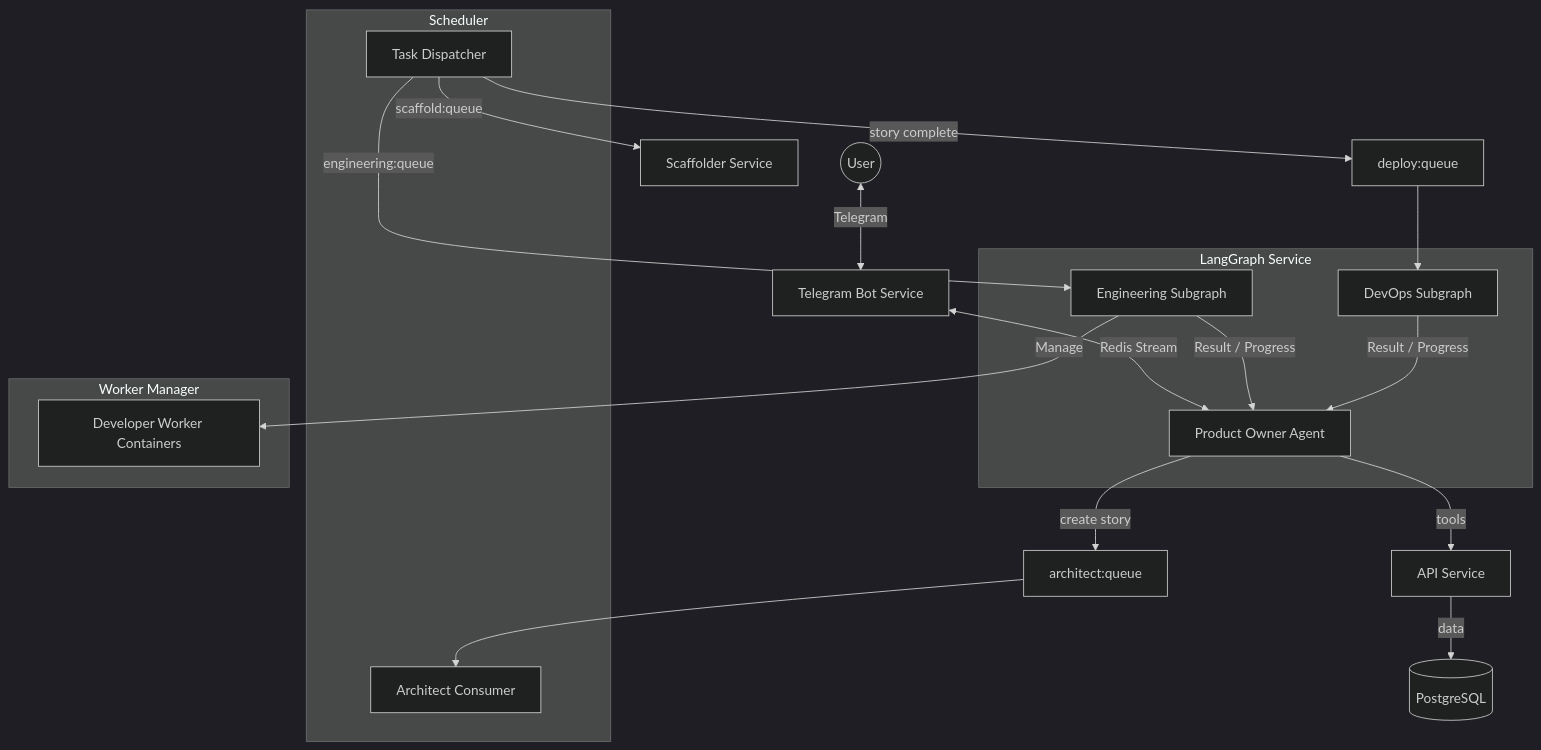
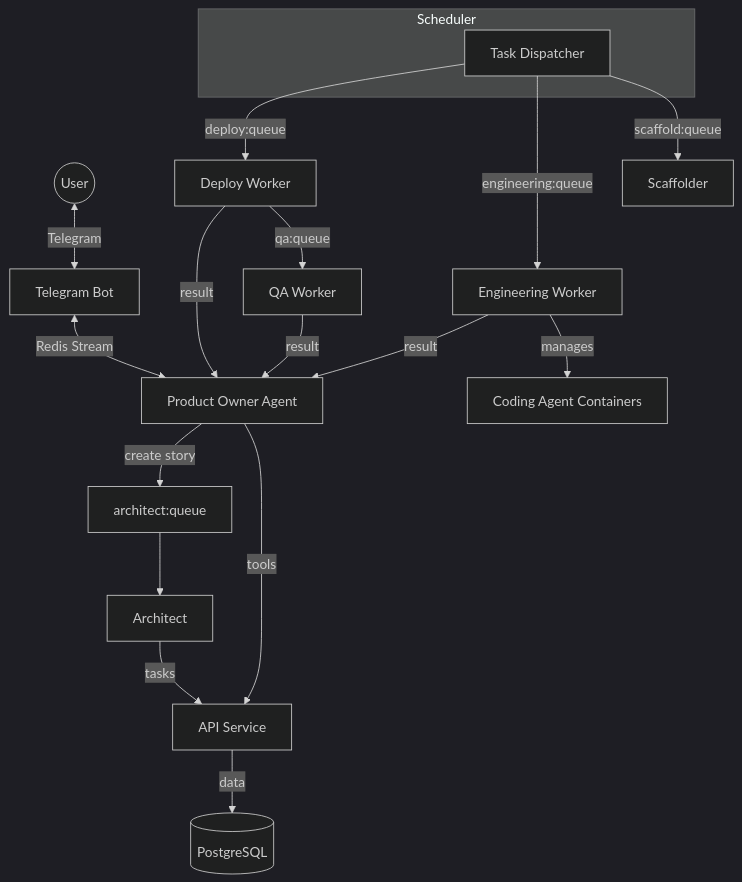
The diagram in README.md (vladmesh/codegen_orchestrator), drawn with Mermaid (dark theme) before and after one commit. The commit also changed other lines of this file, not shown here.

````diff
--- a/README.md
+++ b/README.md
@@ -18,37 +23,26 @@
 ```mermaid
 graph TD
-    User((User)) <--> |Telegram| Bot[Telegram Bot Service]
-    Bot <--> |"Redis Stream"| PO[Product Owner Agent]
+    User((User)) <--> |Telegram| Bot[Telegram Bot]
+    Bot <--> |Redis Stream| PO[Product Owner Agent]
 
-    subgraph "LangGraph Service"
-        PO
-        EngGraph[Engineering Subgraph]
-        DepGraph[DevOps Subgraph]
+    PO --> |tools| API[API Service]
+    PO --> |create story| ArchQueue[architect:queue]
+
+    subgraph Scheduler
+        Dispatcher[Task Dispatcher]
     end
 
-    PO --> |"tools"| API[API Service]
-    PO --> |"create story"| ArchQueue[architect:queue]
+    ArchQueue --> Architect[Architect]
+    Architect --> |tasks| API
+    Dispatcher --> |scaffold:queue| Scaffolder[Scaffolder]
+    Dispatcher --> |engineering:queue| Eng[Engineering Worker]
+    Dispatcher --> |deploy:queue| Dep[Deploy Worker]
+    Dep --> |qa:queue| QA[QA Worker]
 
-    subgraph "Scheduler"
-        Dispatcher[Task Dispatcher]
-        ArchConsumer[Architect Consumer]
-    end
+    Eng --> |manages| Workers[Coding Agent Containers]
 
-    Dispatcher --> |"scaffold:queue"| Scaffolder[Scaffolder Service]
-    ArchQueue --> ArchConsumer
-    Dispatcher --> |"engineering:queue"| EngGraph
-    Dispatcher --> |"story complete"| DeployQueue[deploy:queue]
-
-    subgraph "Worker Manager"
-        Worker[Developer Worker Containers]
-    end
-
-    EngGraph --> |"Manage"| Worker
-
-    API --> |"data"| DB[(PostgreSQL)]
-    DeployQueue --> DepGraph
-
-    %% Feedback Loops
-    EngGraph --> |"Result / Progress"| PO
-    DepGraph --> |"Result / Progress"| PO
+    API --> |data| DB[(PostgreSQL)]
+    Eng --> |result| PO
+    Dep --> |result| PO
+    QA --> |result| PO
 ```
````
